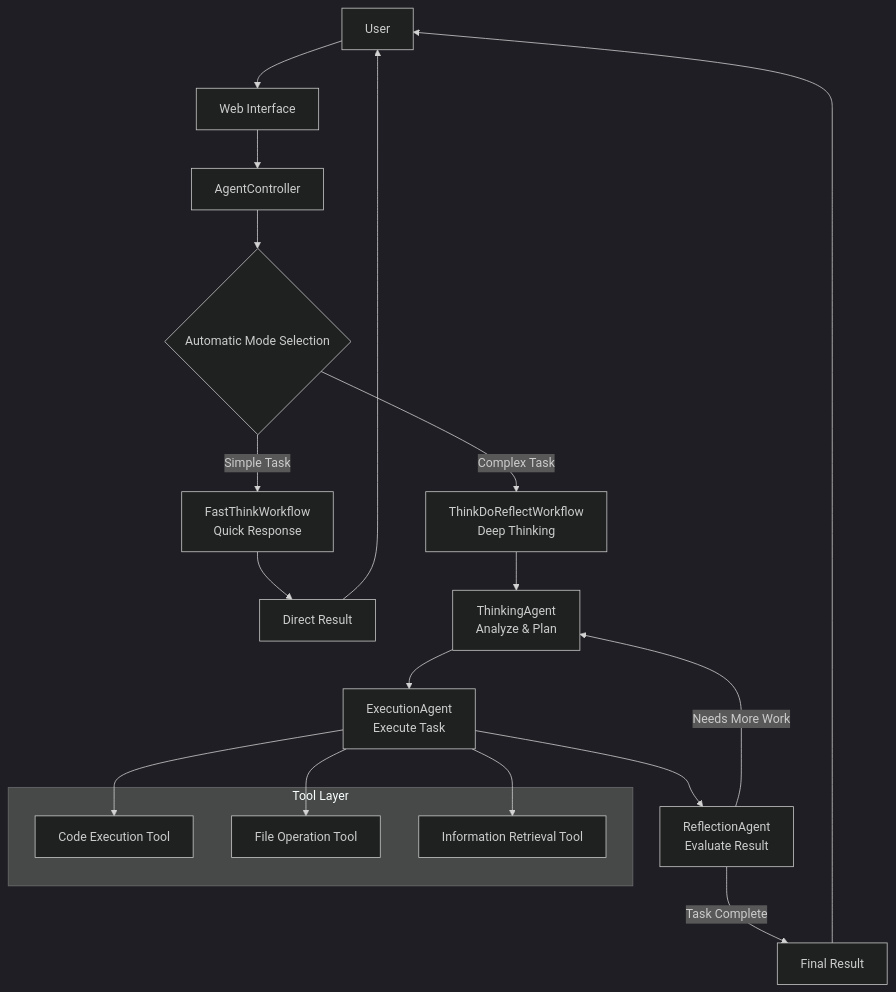
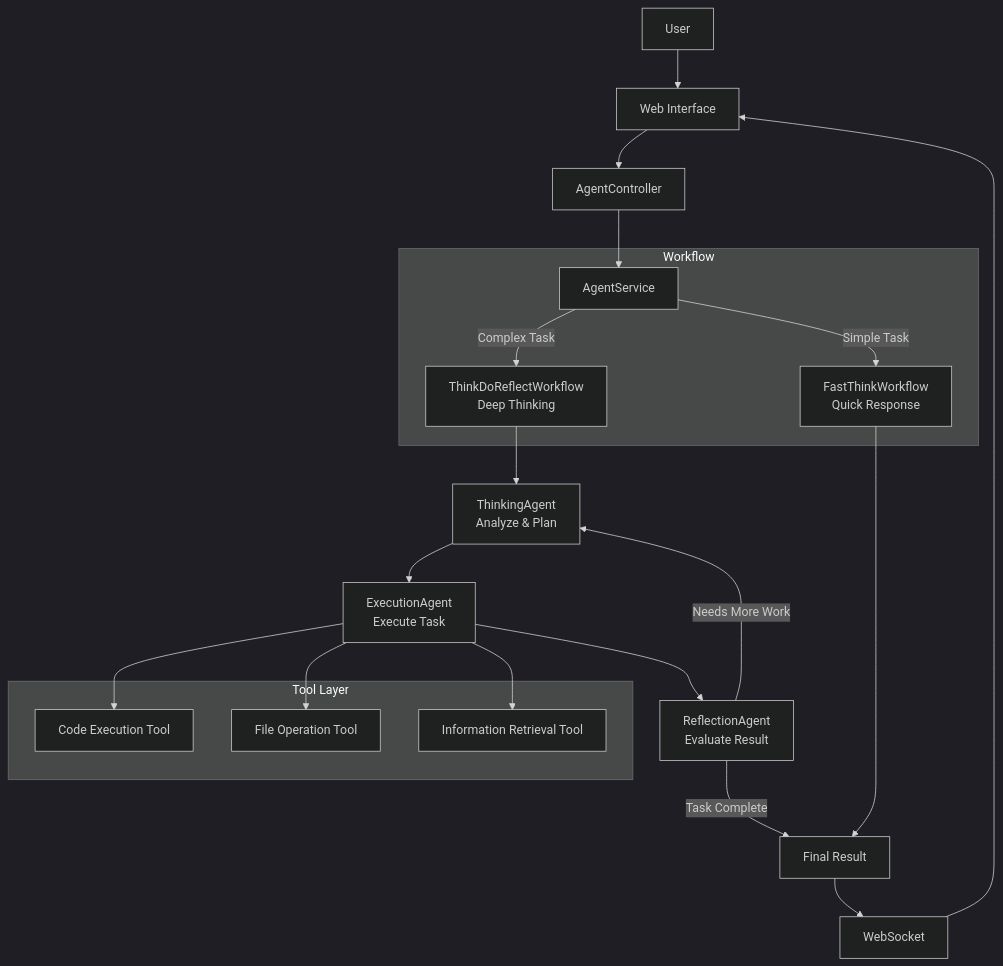
One commit to leochame/OpenManus-Java changed the diagram in README.md. Above: the diagram before and after it, drawn with Mermaid (dark theme). The commit also changed other lines of this file and 1 other file, not shown here.

First line of the commit message:
docs(readme): Update documentation to reflect frontend redesign and new architecture

````diff
--- a/README.md
+++ b/README.md
@@ -51,30 +53,31 @@
 ```mermaid
 graph TD
     User --> UI[Web Interface]
     UI --> Controller[AgentController]
     
-    Controller --> AM{Automatic Mode Selection}
-    AM -->|Simple Task| FW[FastThinkWorkflow<br/>Quick Response]
-    AM -->|Complex Task| TDR[ThinkDoReflectWorkflow<br/>Deep Thinking]
+    Controller --> Service[AgentService]
     
-    FW --> Result1[Direct Result]
+    subgraph "Workflow"
+        Service -->|Complex Task| TDR[ThinkDoReflectWorkflow<br/>Deep Thinking]
+        Service -->|Simple Task| FT[FastThinkWorkflow<br/>Quick Response]
+    end
     
     TDR --> TA[ThinkingAgent<br/>Analyze & Plan]
     TA --> EA[ExecutionAgent<br/>Execute Task]
     EA --> RA[ReflectionAgent<br/>Evaluate Result]
-    RA -->|Task Complete| Result2[Final Result]
+    RA -->|Task Complete| FinalResult[Final Result]
     RA -->|Needs More Work| TA
     
     subgraph "Tool Layer"
         CodeTool[Code Execution Tool]
         FileTool[File Operation Tool]
         SearchTool[Information Retrieval Tool]
     end
     
     EA --> CodeTool
     EA --> FileTool
     EA --> SearchTool
     
-    Result1 --> User
-    Result2 --> User
+    FT --> FinalResult
+    FinalResult --> WebSocket --> UI
 ```
````
